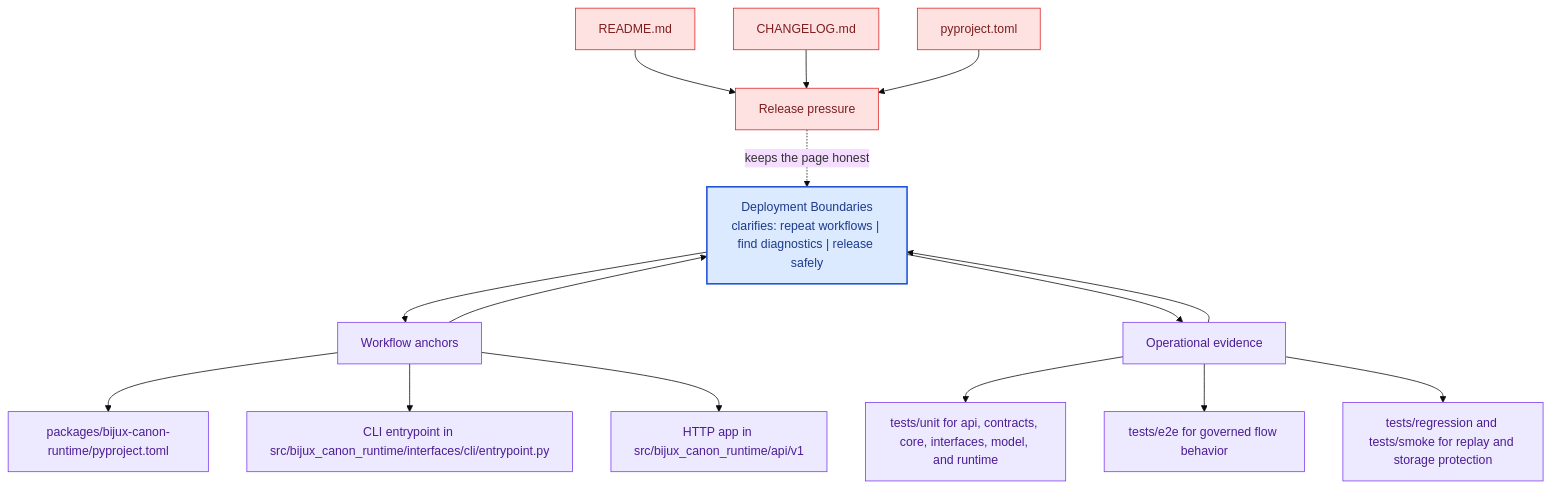
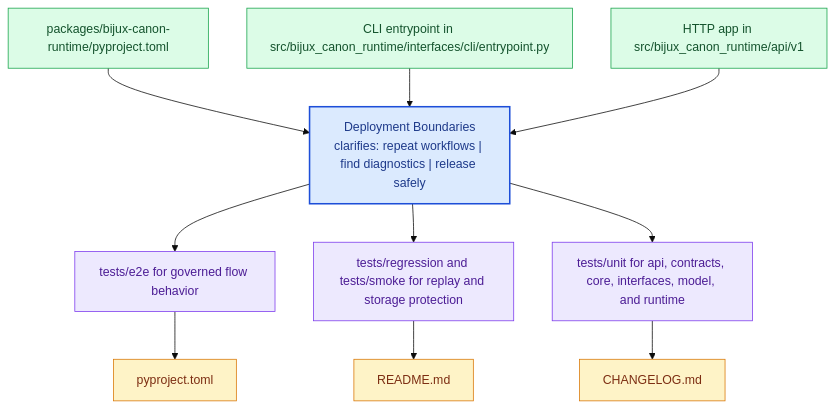
The diagram in docs/bijux-canon-runtime/operations/deployment-boundaries.md (bijux/bijux-canon), drawn with Mermaid (base theme) before and after one commit. The commit also changed other lines of this file and 281 other files, not shown here.

Commit message:
docs(diagrams): replace repeated mermaid scaffolds with page-specific summaries

````diff
--- a/docs/bijux-canon-runtime/operations/deployment-boundaries.md
+++ b/docs/bijux-canon-runtime/operations/deployment-boundaries.md
@@ -67,41 +22,31 @@
 ```mermaid
 flowchart TB
-    promise["Deployment Boundaries<br/>clarifies: repeat workflows | find diagnostics | release safely"]
-    classDef promise fill:#dbeafe,stroke:#1d4ed8,color:#1e3a8a,stroke-width:2px;
-    classDef driver fill:#dcfce7,stroke:#16a34a,color:#14532d;
-    classDef constraint fill:#fee2e2,stroke:#dc2626,color:#7f1d1d;
-    classDef ground fill:#ede9fe,stroke:#7c3aed,color:#4c1d95;
-    focus1["Workflow anchors"]
-    focus1 --> promise
-    promise --> focus1
-    focus1_1["packages/bijux-canon-runtime/pyproject.toml"]
-    focus1 --> focus1_1
-    focus1_2["CLI entrypoint in src/bijux_canon_runtime/interfaces/cli/entrypoint.py"]
-    focus1 --> focus1_2
-    focus1_3["HTTP app in src/bijux_canon_runtime/api/v1"]
-    focus1 --> focus1_3
-    class focus1 ground;
-    class focus1_1,focus1_2,focus1_3 ground;
-    focus2["Operational evidence"]
-    focus2 --> promise
-    promise --> focus2
-    focus2_1["tests/unit for api, contracts, core, interfaces, model, and runtime"]
-    focus2 --> focus2_1
-    focus2_2["tests/e2e for governed flow behavior"]
-    focus2 --> focus2_2
-    focus2_3["tests/regression and tests/smoke for replay and storage protection"]
-    focus2 --> focus2_3
-    class focus2 ground;
-    class focus2_1,focus2_2,focus2_3 ground;
-    focus3["Release pressure"]
-    focus3 -.keeps the page honest.-> promise
-    focus3_1["README.md"]
-    focus3_1 --> focus3
-    focus3_2["CHANGELOG.md"]
-    focus3_2 --> focus3
-    focus3_3["pyproject.toml"]
-    focus3_3 --> focus3
-    class focus3 constraint;
-    class focus3_1,focus3_2,focus3_3 constraint;
-    class promise promise;
+    page["Deployment Boundaries<br/>clarifies: repeat workflows | find diagnostics | release safely"]
+    classDef page fill:#dbeafe,stroke:#1d4ed8,color:#1e3a8a,stroke-width:2px;
+    classDef positive fill:#dcfce7,stroke:#16a34a,color:#14532d;
+    classDef caution fill:#fee2e2,stroke:#dc2626,color:#7f1d1d;
+    classDef anchor fill:#ede9fe,stroke:#7c3aed,color:#4c1d95;
+    classDef action fill:#fef3c7,stroke:#d97706,color:#7c2d12;
+    step1["packages/bijux-canon-runtime/pyproject.toml"]
+    step1 --> page
+    step2["CLI entrypoint in src/bijux_canon_runtime/interfaces/cli/entrypoint.py"]
+    step2 --> page
+    step3["HTTP app in src/bijux_canon_runtime/api/v1"]
+    step3 --> page
+    run1["tests/e2e for governed flow behavior"]
+    page --> run1
+    run2["tests/regression and tests/smoke for replay and storage protection"]
+    page --> run2
+    run3["tests/unit for api, contracts, core, interfaces, model, and runtime"]
+    page --> run3
+    release1["pyproject.toml"]
+    run1 --> release1
+    release2["README.md"]
+    run2 --> release2
+    release3["CHANGELOG.md"]
+    run3 --> release3
+    class page page;
+    class step1,step2,step3 positive;
+    class run1,run2,run3 anchor;
+    class release1,release2,release3 action;
 ```
````
